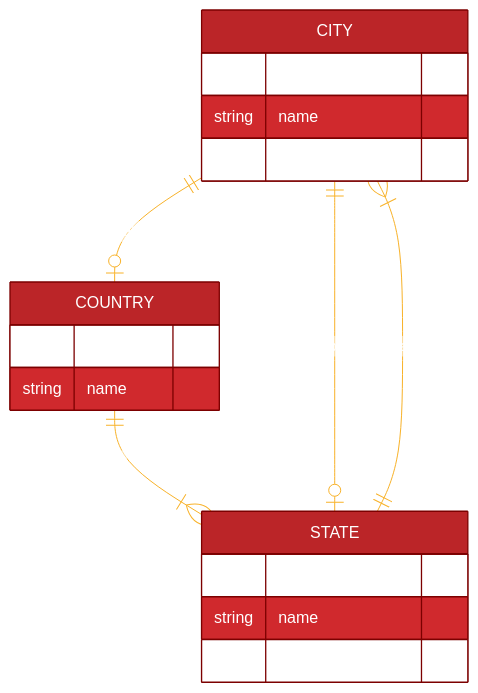
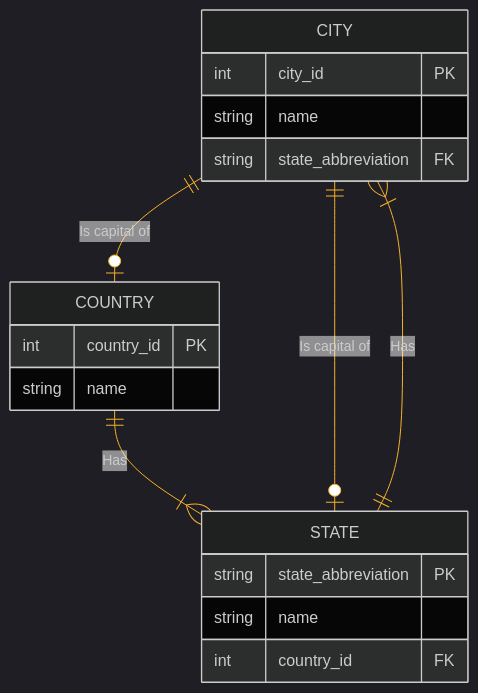
Before and after one commit to Nil-AV/Obsidian_Brain: the diagram in 2 Моделирование/ERD/1.2. ERD.md, drawn with Mermaid.

Commit message:
vault backup: 2024-11-09 22:53:52

````diff
--- a/2 Моделирование/ERD/1.2. ERD.md
+++ b/2 Моделирование/ERD/1.2. ERD.md
@@ -4,23 +4,23 @@
 ```mermaid
-%%{ init: { 'theme': 'base', 'themeVariables': { 'primaryColor': '#BB2528', 'primaryTextColor': '#fff', 'primaryBorderColor': '#7C0000', 'lineColor': '#F8B229', 'secondaryColor': '#006100', 'tertiaryColor': '#fff' } } }%%
+%%{ init: { 'theme': 'dark', 'themeVariables': { 'primaryColor': '#BB2528', 'primaryTextColor': '#fff', 'primaryBorderColor': '#7C0000', 'lineColor': '#F8B229', 'secondaryColor': '#006100', 'tertiaryColor': '#fff' } } }%%
 
 erDiagram
     CITY {
         int city_id PK
         string name
         string state_abbreviation FK
     }
     STATE {
         string state_abbreviation PK
         string name
         int country_id FK
     }
     COUNTRY {
         int country_id PK
         string name
     }
     COUNTRY ||--|{ STATE : "Has"
     STATE ||--|{ CITY : "Has"
     CITY ||--o| STATE : "Is capital of"
     CITY ||--o| COUNTRY : "Is capital of"
 ```
````
